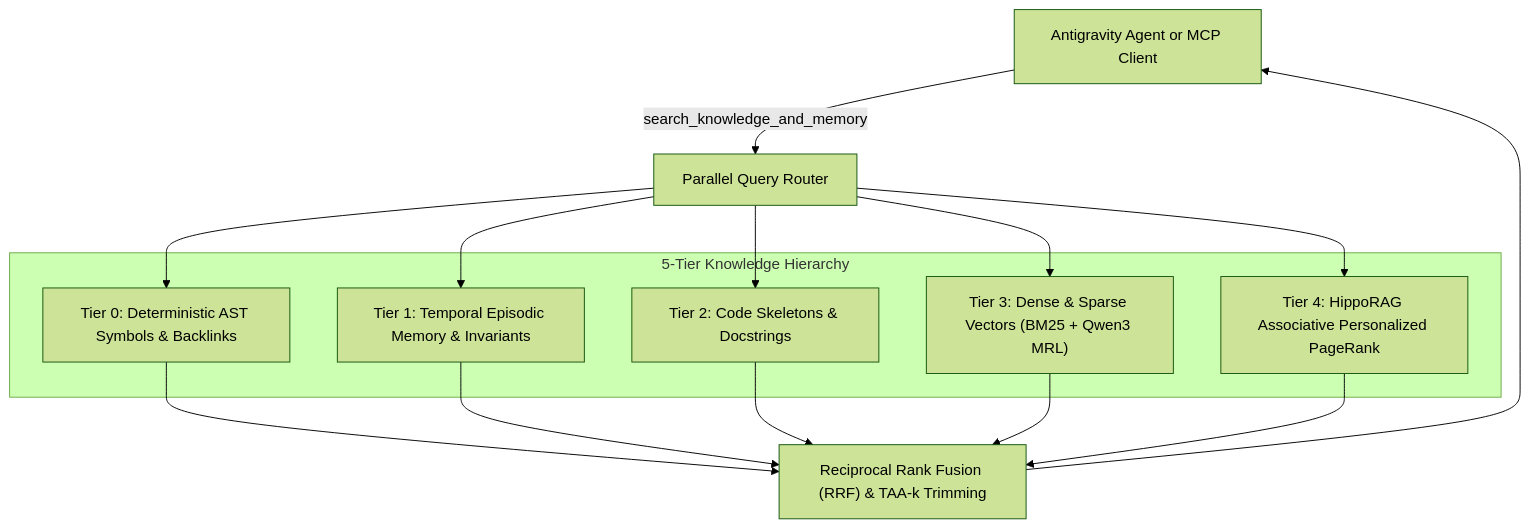
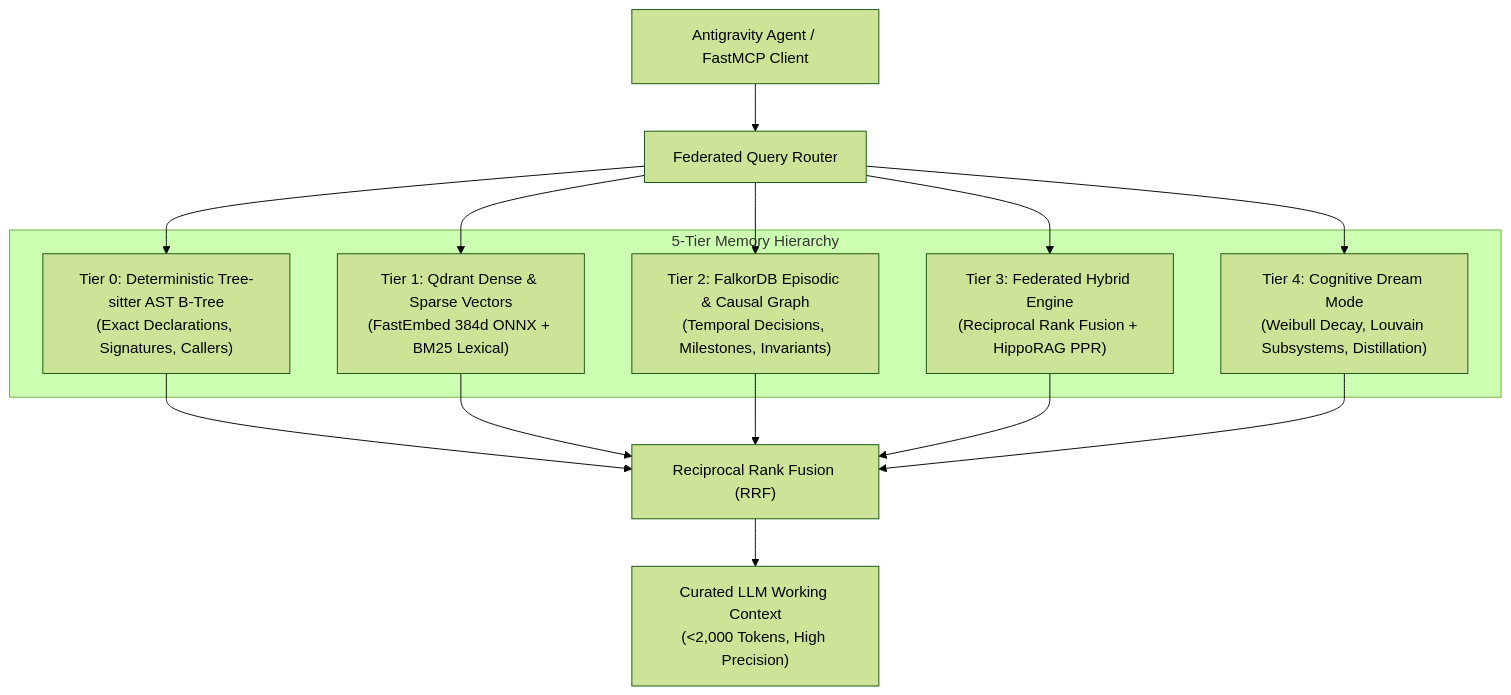
One commit to Unmade760/kortext changed the diagram in README.md. Above: the diagram before and after it, drawn with Mermaid (forest theme). The commit also changed other lines of this file and 20 other files, not shown here.

First line of the commit message:
feat: complete Bucket 7 with GPL-3.0 license, branding, anti-hairball graph, and master docs

````diff
--- a/README.md
+++ b/README.md
@@ -19,26 +49,26 @@
 ```mermaid
 flowchart TD
-    Agent["Antigravity Agent or MCP Client"] -->|search_knowledge_and_memory| Router["Parallel Query Router"]
+    Agent["Antigravity Agent / FastMCP Client"] --> Router["Federated Query Router"]
 
-    subgraph Tiers["5-Tier Knowledge Hierarchy"]
-        T0["Tier 0: Deterministic AST Symbols & Backlinks"]
-        T1["Tier 1: Temporal Episodic Memory & Invariants"]
-        T2["Tier 2: Code Skeletons & Docstrings"]
-        T3["Tier 3: Dense & Sparse Vectors (BM25 + Qwen3 MRL)"]
-        T4["Tier 4: HippoRAG Associative Personalized PageRank"]
+    subgraph MemoryHierarchy["5-Tier Memory Hierarchy"]
+        T0["Tier 0: Deterministic Tree-sitter AST B-Tree\n(Exact Declarations, Signatures, Callers)"]
+        T1["Tier 1: Qdrant Dense & Sparse Vectors\n(FastEmbed 384d ONNX + BM25 Lexical)"]
+        T2["Tier 2: FalkorDB Episodic & Causal Graph\n(Temporal Decisions, Milestones, Invariants)"]
+        T3["Tier 3: Federated Hybrid Engine\n(Reciprocal Rank Fusion + HippoRAG PPR)"]
+        T4["Tier 4: Cognitive Dream Mode\n(Weibull Decay, Louvain Subsystems, Distillation)"]
     end
 
     Router --> T0
     Router --> T1
     Router --> T2
     Router --> T3
     Router --> T4
 
-    T0 --> Fusion["Reciprocal Rank Fusion (RRF) & TAA-k Trimming"]
-    T1 --> Fusion
-    T2 --> Fusion
-    T3 --> Fusion
-    T4 --> Fusion
+    T0 --> RRF["Reciprocal Rank Fusion (RRF)"]
+    T1 --> RRF
+    T2 --> RRF
+    T3 --> RRF
+    T4 --> RRF
 
-    Fusion --> Agent
+    RRF --> ContextWindow["Curated LLM Working Context\n(<2,000 Tokens, High Precision)"]
 ```
````
